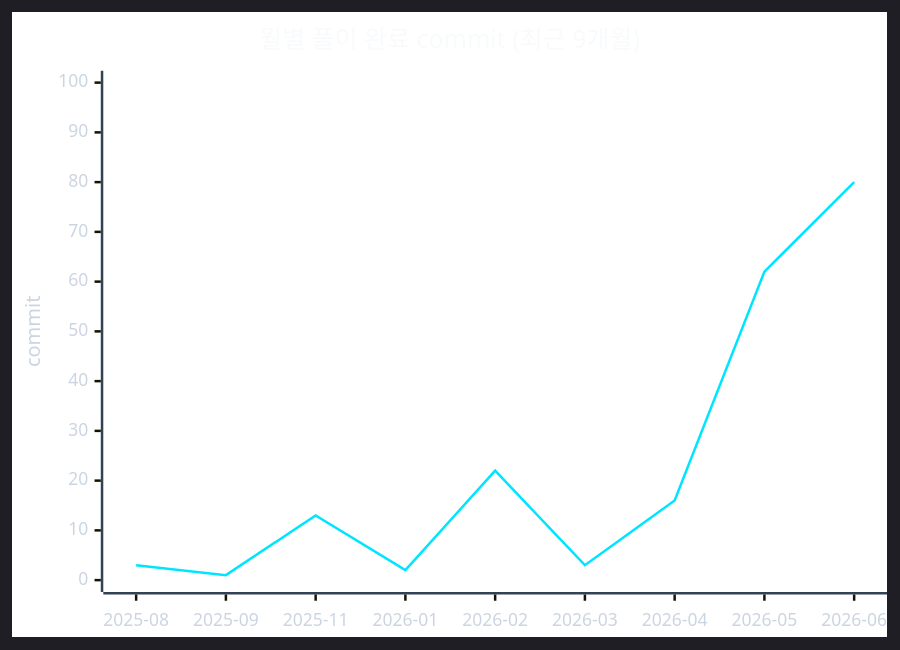
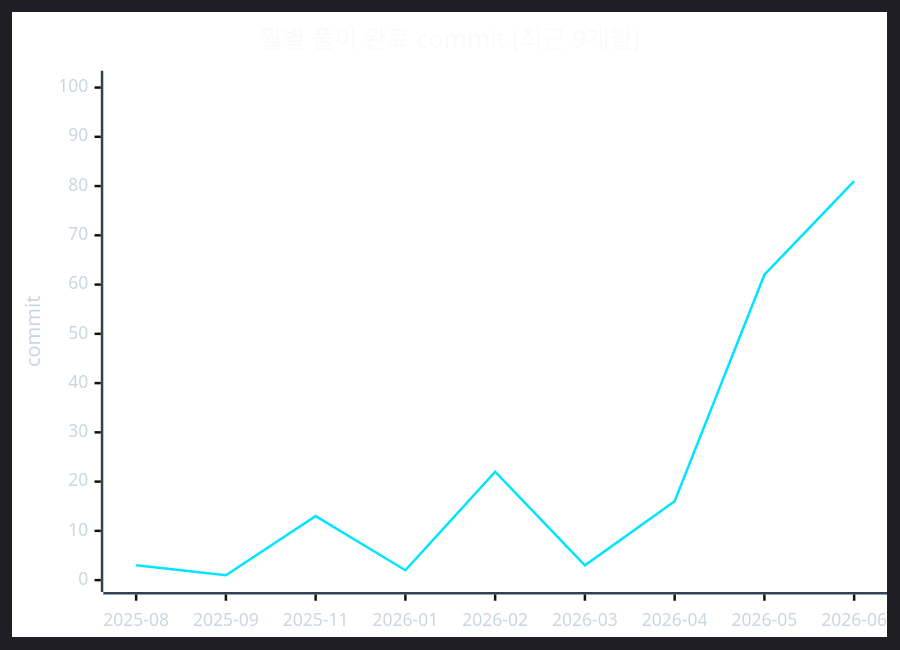
The second of 2 diagrams in readme.md (CHOOSLA/Algorithm), drawn with Mermaid before and after one commit. The commit also changed 1 other file, not shown here.

Commit message:
[Passed] 이상한 폭탄 2 (145ms, 10MB)

````diff
--- a/readme.md
+++ b/readme.md
@@ -71,22 +71,22 @@
 ```mermaid
 ---
 config:
   theme: dark
   themeVariables:
     background: '#0d1117'
     xyChart:
       titleColor: '#f8fafc'
       xAxisLabelColor: '#cbd5e1'
       xAxisTitleColor: '#cbd5e1'
       xAxisLineColor: '#334155'
       yAxisLabelColor: '#cbd5e1'
       yAxisTitleColor: '#cbd5e1'
       yAxisLineColor: '#334155'
       plotColorPalette: '#00e5ff'
 ---
 xychart-beta
   title "월별 풀이 완료 commit (최근 9개월)"
   x-axis ["2025-08", "2025-09", "2025-11", "2026-01", "2026-02", "2026-03", "2026-04", "2026-05", "2026-06"]
-  y-axis "commit" 0 --> 100
-  line [3, 1, 13, 2, 22, 3, 16, 62, 80]
+  y-axis "commit" 0 --> 101
+  line [3, 1, 13, 2, 22, 3, 16, 62, 81]
 ```
````
